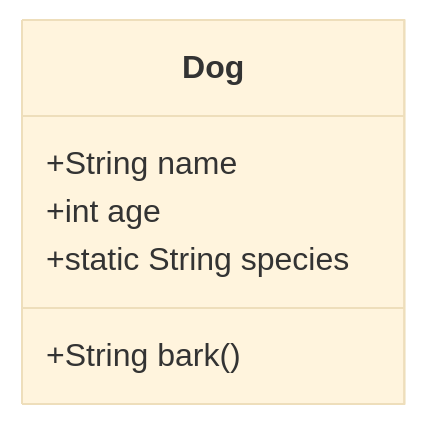
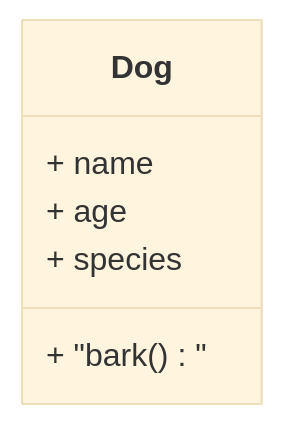
The seventh of 15 diagrams in content/post/2024/2024-11-08-python-oop/index.md (42jerrykim/42jerrykim.github.io), drawn with Mermaid (base theme) before and after one commit. The commit also changed other lines of this file and 239 other files, not shown here.

````diff
--- a/content/post/2024/2024-11-08-python-oop/index.md
+++ b/content/post/2024/2024-11-08-python-oop/index.md
@@ -482,9 +528,9 @@
 ```mermaid
 classDiagram
     class Dog {
-        +String name
-        +int age
-        +String bark()
-        +static String species
+        + name
+        + age
+        + "bark()"
+        + species
     }
 ```
````
